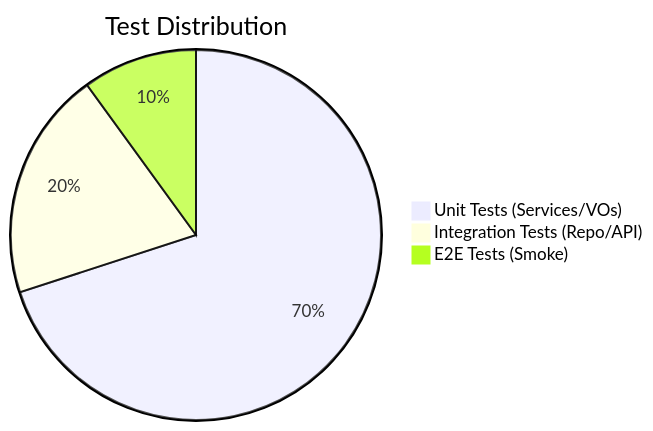
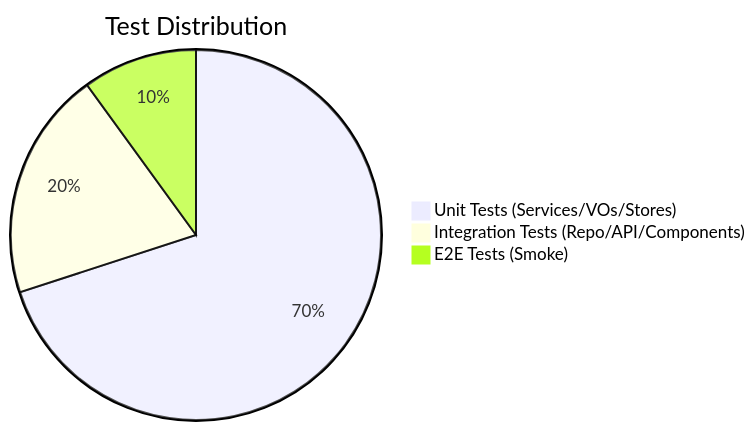
One commit to DessimA/delivery_system changed the diagram in docs/en/TESTING.md. Above: the diagram before and after it, drawn with Mermaid. The commit also changed other lines of this file and 92 other files, not shown here.

````diff
--- a/docs/en/TESTING.md
+++ b/docs/en/TESTING.md
@@ -4,6 +4,6 @@
 ```mermaid
 pie title Test Distribution
-    "Unit Tests (Services/VOs)" : 70
-    "Integration Tests (Repo/API)" : 20
+    "Unit Tests (Services/VOs/Stores)" : 70
+    "Integration Tests (Repo/API/Components)" : 20
     "E2E Tests (Smoke)" : 10
 ```
````
